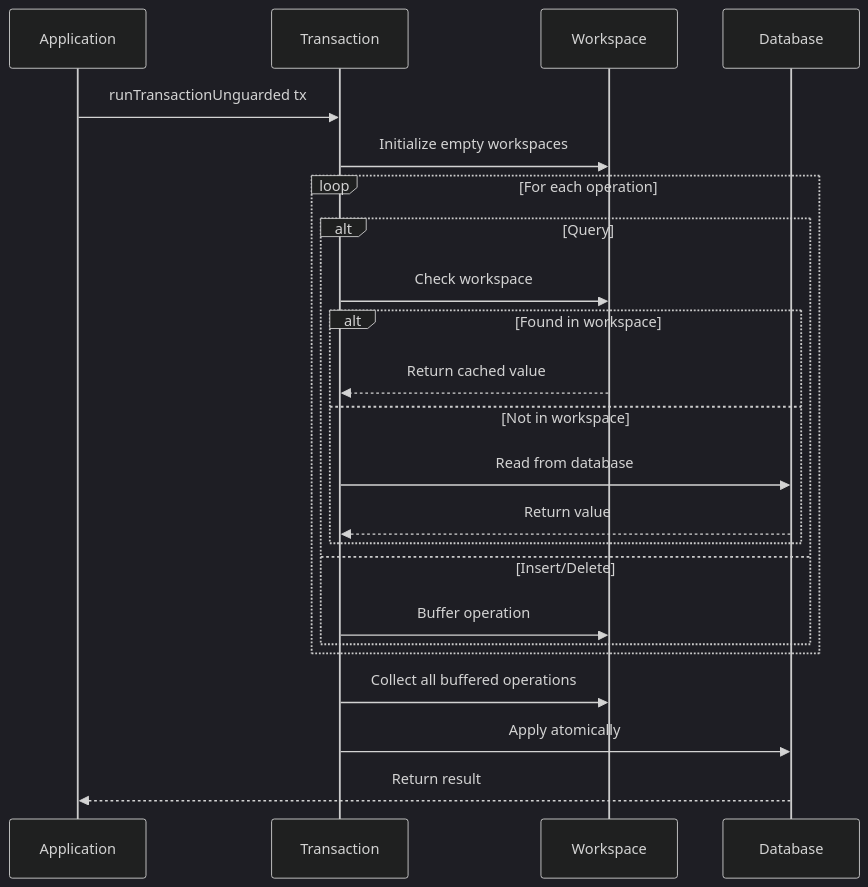
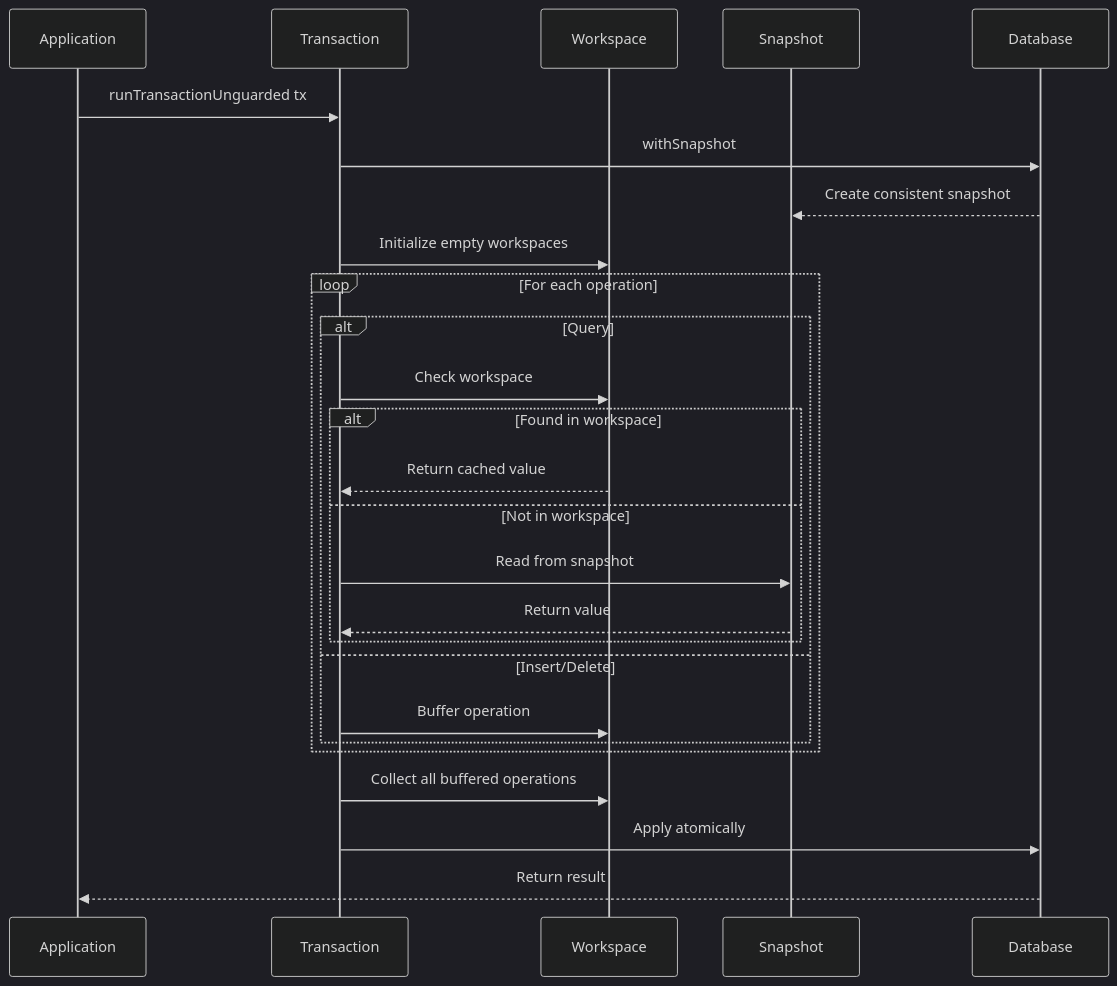
The first of 2 diagrams in docs/architecture/transactions.md (paolino/rocksdb-kv-transactions), drawn with Mermaid (dark theme) before and after one commit. The commit also changed other lines of this file and 3 other files, not shown here.

````diff
--- a/docs/architecture/transactions.md
+++ b/docs/architecture/transactions.md
@@ -22,26 +22,29 @@
 ```mermaid
 sequenceDiagram
     participant App as Application
     participant Tx as Transaction
     participant WS as Workspace
+    participant Snap as Snapshot
     participant DB as Database
 
     App->>Tx: runTransactionUnguarded tx
+    Tx->>DB: withSnapshot
+    DB-->>Snap: Create consistent snapshot
     Tx->>WS: Initialize empty workspaces
     loop For each operation
         alt Query
             Tx->>WS: Check workspace
             alt Found in workspace
                 WS-->>Tx: Return cached value
             else Not in workspace
-                Tx->>DB: Read from database
-                DB-->>Tx: Return value
+                Tx->>Snap: Read from snapshot
+                Snap-->>Tx: Return value
             end
         else Insert/Delete
             Tx->>WS: Buffer operation
         end
     end
     Tx->>WS: Collect all buffered operations
     Tx->>DB: Apply atomically
     DB-->>App: Return result
 ```
````
